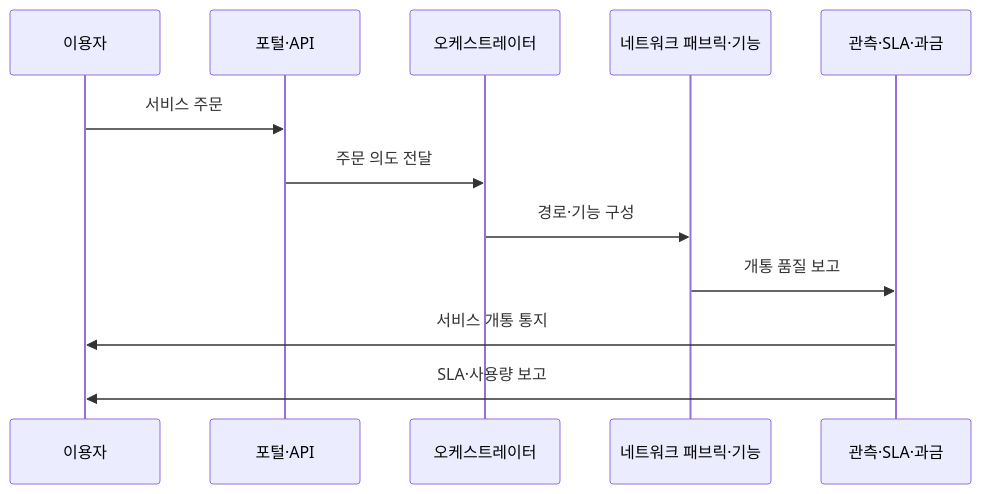
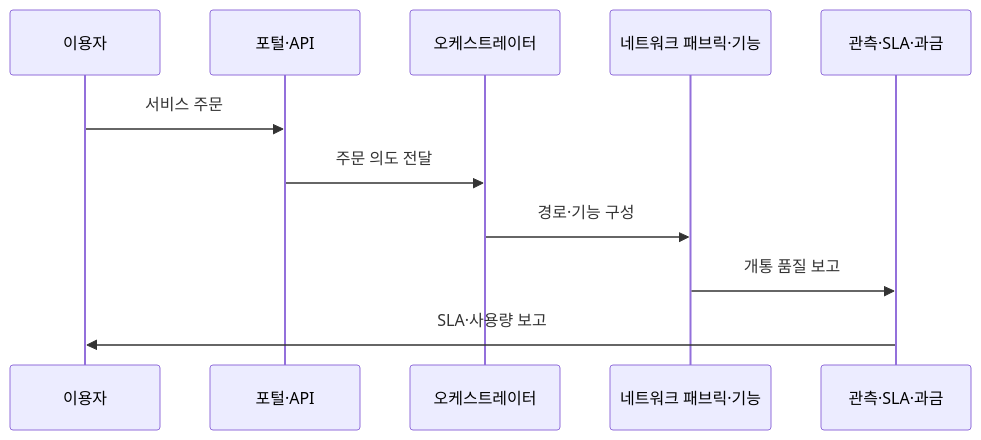
The second of 2 diagrams in src/content/docs/notes/04-network/060_network_as_a_service.md (agnusdei1207/knowledge-base), drawn with Mermaid before and after one commit. The commit also changed other lines of this file and 3 other files, not shown here.

````diff
--- a/src/content/docs/notes/04-network/060_network_as_a_service.md
+++ b/src/content/docs/notes/04-network/060_network_as_a_service.md
@@ -91,14 +91,13 @@
 ```mermaid
 sequenceDiagram
     participant U as 이용자
     participant P as 포털·API
     participant O as 오케스트레이터
     participant F as 네트워크 패브릭·기능
     participant A as 관측·SLA·과금
     U->>P: 서비스 주문
     P->>O: 주문 의도 전달
     O->>F: 경로·기능 구성
     F->>A: 개통 품질 보고
-    A->>U: 서비스 개통 통지
     A->>U: SLA·사용량 보고
 ```
````
